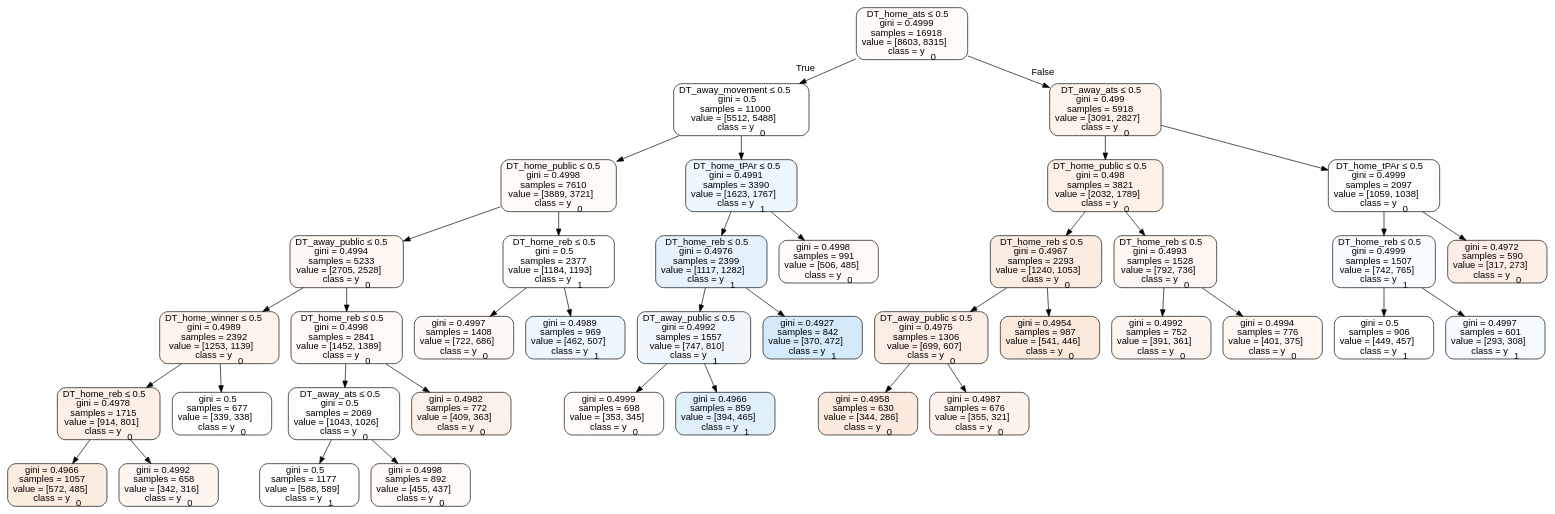
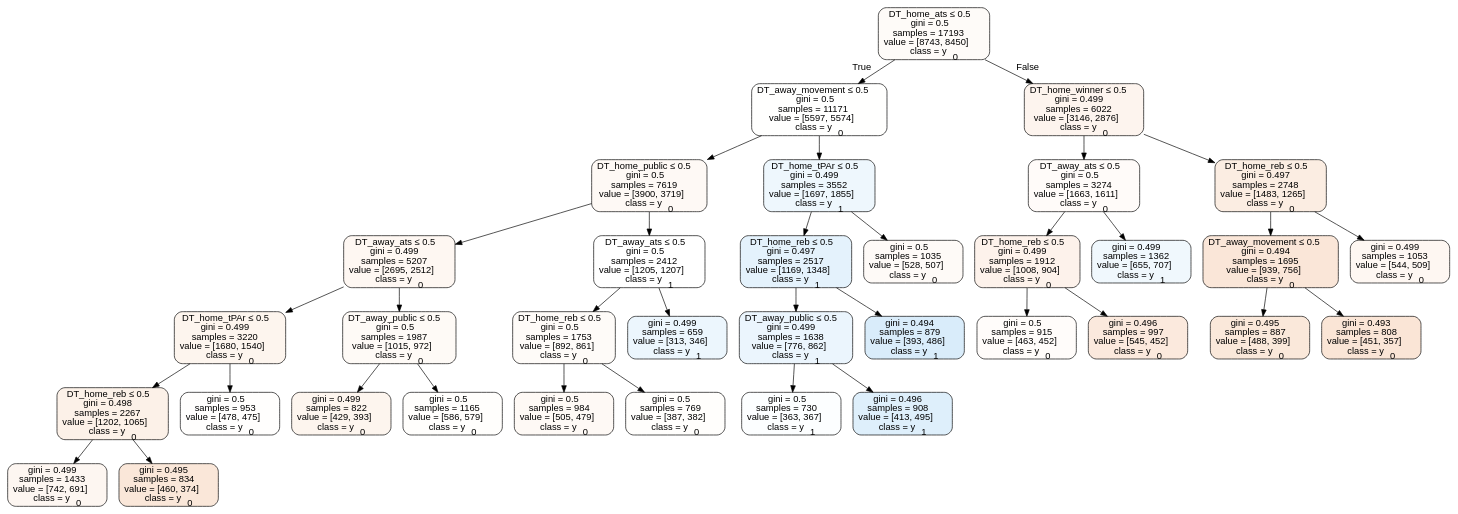
The diagram in Basketball/data/trees/treehome.dot (usbogie/ncaa-bets), drawn with Graphviz before and after one commit. The commit also changed 23 other files, not shown here.

```diff
--- a/Basketball/data/trees/treehome.dot
+++ b/Basketball/data/trees/treehome.dot
@@ -1,81 +1,73 @@
 digraph Tree {
 node [shape=box, style="filled, rounded", color="black", fontname=helvetica] ;
 edge [fontname=helvetica] ;
-0 [label=<DT_home_ats &le; 0.5<br/>gini = 0.4999<br/>samples = 16918<br/>value = [8603, 8315]<br/>class = y<SUB>0</SUB>>, fillcolor="#e5813909"] ;
-1 [label=<DT_away_movement &le; 0.5<br/>gini = 0.5<br/>samples = 11000<br/>value = [5512, 5488]<br/>class = y<SUB>0</SUB>>, fillcolor="#e5813901"] ;
+0 [label=<DT_home_ats &le; 0.5<br/>gini = 0.5<br/>samples = 17193<br/>value = [8743, 8450]<br/>class = y<SUB>0</SUB>>, fillcolor="#e5813909"] ;
+1 [label=<DT_away_movement &le; 0.5<br/>gini = 0.5<br/>samples = 11171<br/>value = [5597, 5574]<br/>class = y<SUB>0</SUB>>, fillcolor="#e5813901"] ;
 0 -> 1 [labeldistance=2.5, labelangle=45, headlabel="True"] ;
-2 [label=<DT_home_public &le; 0.5<br/>gini = 0.4998<br/>samples = 7610<br/>value = [3889, 3721]<br/>class = y<SUB>0</SUB>>, fillcolor="#e581390b"] ;
+2 [label=<DT_home_public &le; 0.5<br/>gini = 0.5<br/>samples = 7619<br/>value = [3900, 3719]<br/>class = y<SUB>0</SUB>>, fillcolor="#e581390c"] ;
 1 -> 2 ;
-3 [label=<DT_away_public &le; 0.5<br/>gini = 0.4994<br/>samples = 5233<br/>value = [2705, 2528]<br/>class = y<SUB>0</SUB>>, fillcolor="#e5813911"] ;
+3 [label=<DT_away_ats &le; 0.5<br/>gini = 0.499<br/>samples = 5207<br/>value = [2695, 2512]<br/>class = y<SUB>0</SUB>>, fillcolor="#e5813911"] ;
 2 -> 3 ;
-4 [label=<DT_home_winner &le; 0.5<br/>gini = 0.4989<br/>samples = 2392<br/>value = [1253, 1139]<br/>class = y<SUB>0</SUB>>, fillcolor="#e5813917"] ;
+4 [label=<DT_home_tPAr &le; 0.5<br/>gini = 0.499<br/>samples = 3220<br/>value = [1680, 1540]<br/>class = y<SUB>0</SUB>>, fillcolor="#e5813915"] ;
 3 -> 4 ;
-5 [label=<DT_home_reb &le; 0.5<br/>gini = 0.4978<br/>samples = 1715<br/>value = [914, 801]<br/>class = y<SUB>0</SUB>>, fillcolor="#e5813920"] ;
+5 [label=<DT_home_reb &le; 0.5<br/>gini = 0.498<br/>samples = 2267<br/>value = [1202, 1065]<br/>class = y<SUB>0</SUB>>, fillcolor="#e581391d"] ;
 4 -> 5 ;
-6 [label=<gini = 0.4966<br/>samples = 1057<br/>value = [572, 485]<br/>class = y<SUB>0</SUB>>, fillcolor="#e5813927"] ;
+6 [label=<gini = 0.499<br/>samples = 1433<br/>value = [742, 691]<br/>class = y<SUB>0</SUB>>, fillcolor="#e5813912"] ;
 5 -> 6 ;
-7 [label=<gini = 0.4992<br/>samples = 658<br/>value = [342, 316]<br/>class = y<SUB>0</SUB>>, fillcolor="#e5813913"] ;
+7 [label=<gini = 0.495<br/>samples = 834<br/>value = [460, 374]<br/>class = y<SUB>0</SUB>>, fillcolor="#e5813930"] ;
 5 -> 7 ;
-8 [label=<gini = 0.5<br/>samples = 677<br/>value = [339, 338]<br/>class = y<SUB>0</SUB>>, fillcolor="#e5813901"] ;
+8 [label=<gini = 0.5<br/>samples = 953<br/>value = [478, 475]<br/>class = y<SUB>0</SUB>>, fillcolor="#e5813902"] ;
 4 -> 8 ;
-9 [label=<DT_home_reb &le; 0.5<br/>gini = 0.4998<br/>samples = 2841<br/>value = [1452, 1389]<br/>class = y<SUB>0</SUB>>, fillcolor="#e581390b"] ;
+9 [label=<DT_away_public &le; 0.5<br/>gini = 0.5<br/>samples = 1987<br/>value = [1015, 972]<br/>class = y<SUB>0</SUB>>, fillcolor="#e581390b"] ;
 3 -> 9 ;
-10 [label=<DT_away_ats &le; 0.5<br/>gini = 0.5<br/>samples = 2069<br/>value = [1043, 1026]<br/>class = y<SUB>0</SUB>>, fillcolor="#e5813904"] ;
+10 [label=<gini = 0.499<br/>samples = 822<br/>value = [429, 393]<br/>class = y<SUB>0</SUB>>, fillcolor="#e5813915"] ;
 9 -> 10 ;
-11 [label=<gini = 0.5<br/>samples = 1177<br/>value = [588, 589]<br/>class = y<SUB>1</SUB>>, fillcolor="#399de500"] ;
-10 -> 11 ;
-12 [label=<gini = 0.4998<br/>samples = 892<br/>value = [455, 437]<br/>class = y<SUB>0</SUB>>, fillcolor="#e581390a"] ;
-10 -> 12 ;
-13 [label=<gini = 0.4982<br/>samples = 772<br/>value = [409, 363]<br/>class = y<SUB>0</SUB>>, fillcolor="#e581391d"] ;
-9 -> 13 ;
-14 [label=<DT_home_reb &le; 0.5<br/>gini = 0.5<br/>samples = 2377<br/>value = [1184, 1193]<br/>class = y<SUB>1</SUB>>, fillcolor="#399de502"] ;
-2 -> 14 ;
-15 [label=<gini = 0.4997<br/>samples = 1408<br/>value = [722, 686]<br/>class = y<SUB>0</SUB>>, fillcolor="#e581390d"] ;
-14 -> 15 ;
-16 [label=<gini = 0.4989<br/>samples = 969<br/>value = [462, 507]<br/>class = y<SUB>1</SUB>>, fillcolor="#399de517"] ;
-14 -> 16 ;
-17 [label=<DT_home_tPAr &le; 0.5<br/>gini = 0.4991<br/>samples = 3390<br/>value = [1623, 1767]<br/>class = y<SUB>1</SUB>>, fillcolor="#399de515"] ;
+11 [label=<gini = 0.5<br/>samples = 1165<br/>value = [586, 579]<br/>class = y<SUB>0</SUB>>, fillcolor="#e5813903"] ;
+9 -> 11 ;
+12 [label=<DT_away_ats &le; 0.5<br/>gini = 0.5<br/>samples = 2412<br/>value = [1205, 1207]<br/>class = y<SUB>1</SUB>>, fillcolor="#399de500"] ;
+2 -> 12 ;
+13 [label=<DT_home_reb &le; 0.5<br/>gini = 0.5<br/>samples = 1753<br/>value = [892, 861]<br/>class = y<SUB>0</SUB>>, fillcolor="#e5813909"] ;
+12 -> 13 ;
+14 [label=<gini = 0.5<br/>samples = 984<br/>value = [505, 479]<br/>class = y<SUB>0</SUB>>, fillcolor="#e581390d"] ;
+13 -> 14 ;
+15 [label=<gini = 0.5<br/>samples = 769<br/>value = [387, 382]<br/>class = y<SUB>0</SUB>>, fillcolor="#e5813903"] ;
+13 -> 15 ;
+16 [label=<gini = 0.499<br/>samples = 659<br/>value = [313, 346]<br/>class = y<SUB>1</SUB>>, fillcolor="#399de518"] ;
+12 -> 16 ;
+17 [label=<DT_home_tPAr &le; 0.5<br/>gini = 0.499<br/>samples = 3552<br/>value = [1697, 1855]<br/>class = y<SUB>1</SUB>>, fillcolor="#399de516"] ;
 1 -> 17 ;
-18 [label=<DT_home_reb &le; 0.5<br/>gini = 0.4976<br/>samples = 2399<br/>value = [1117, 1282]<br/>class = y<SUB>1</SUB>>, fillcolor="#399de521"] ;
+18 [label=<DT_home_reb &le; 0.5<br/>gini = 0.497<br/>samples = 2517<br/>value = [1169, 1348]<br/>class = y<SUB>1</SUB>>, fillcolor="#399de522"] ;
 17 -> 18 ;
-19 [label=<DT_away_public &le; 0.5<br/>gini = 0.4992<br/>samples = 1557<br/>value = [747, 810]<br/>class = y<SUB>1</SUB>>, fillcolor="#399de514"] ;
+19 [label=<DT_away_public &le; 0.5<br/>gini = 0.499<br/>samples = 1638<br/>value = [776, 862]<br/>class = y<SUB>1</SUB>>, fillcolor="#399de519"] ;
 18 -> 19 ;
-20 [label=<gini = 0.4999<br/>samples = 698<br/>value = [353, 345]<br/>class = y<SUB>0</SUB>>, fillcolor="#e5813906"] ;
+20 [label=<gini = 0.5<br/>samples = 730<br/>value = [363, 367]<br/>class = y<SUB>1</SUB>>, fillcolor="#399de503"] ;
 19 -> 20 ;
-21 [label=<gini = 0.4966<br/>samples = 859<br/>value = [394, 465]<br/>class = y<SUB>1</SUB>>, fillcolor="#399de527"] ;
+21 [label=<gini = 0.496<br/>samples = 908<br/>value = [413, 495]<br/>class = y<SUB>1</SUB>>, fillcolor="#399de52a"] ;
 19 -> 21 ;
-22 [label=<gini = 0.4927<br/>samples = 842<br/>value = [370, 472]<br/>class = y<SUB>1</SUB>>, fillcolor="#399de537"] ;
+22 [label=<gini = 0.494<br/>samples = 879<br/>value = [393, 486]<br/>class = y<SUB>1</SUB>>, fillcolor="#399de531"] ;
 18 -> 22 ;
-23 [label=<gini = 0.4998<br/>samples = 991<br/>value = [506, 485]<br/>class = y<SUB>0</SUB>>, fillcolor="#e581390b"] ;
+23 [label=<gini = 0.5<br/>samples = 1035<br/>value = [528, 507]<br/>class = y<SUB>0</SUB>>, fillcolor="#e581390a"] ;
 17 -> 23 ;
-24 [label=<DT_away_ats &le; 0.5<br/>gini = 0.499<br/>samples = 5918<br/>value = [3091, 2827]<br/>class = y<SUB>0</SUB>>, fillcolor="#e5813916"] ;
+24 [label=<DT_home_winner &le; 0.5<br/>gini = 0.499<br/>samples = 6022<br/>value = [3146, 2876]<br/>class = y<SUB>0</SUB>>, fillcolor="#e5813916"] ;
 0 -> 24 [labeldistance=2.5, labelangle=-45, headlabel="False"] ;
-25 [label=<DT_home_public &le; 0.5<br/>gini = 0.498<br/>samples = 3821<br/>value = [2032, 1789]<br/>class = y<SUB>0</SUB>>, fillcolor="#e581391e"] ;
+25 [label=<DT_away_ats &le; 0.5<br/>gini = 0.5<br/>samples = 3274<br/>value = [1663, 1611]<br/>class = y<SUB>0</SUB>>, fillcolor="#e5813908"] ;
 24 -> 25 ;
-26 [label=<DT_home_reb &le; 0.5<br/>gini = 0.4967<br/>samples = 2293<br/>value = [1240, 1053]<br/>class = y<SUB>0</SUB>>, fillcolor="#e5813926"] ;
+26 [label=<DT_home_reb &le; 0.5<br/>gini = 0.499<br/>samples = 1912<br/>value = [1008, 904]<br/>class = y<SUB>0</SUB>>, fillcolor="#e581391a"] ;
 25 -> 26 ;
-27 [label=<DT_away_public &le; 0.5<br/>gini = 0.4975<br/>samples = 1306<br/>value = [699, 607]<br/>class = y<SUB>0</SUB>>, fillcolor="#e5813922"] ;
+27 [label=<gini = 0.5<br/>samples = 915<br/>value = [463, 452]<br/>class = y<SUB>0</SUB>>, fillcolor="#e5813906"] ;
 26 -> 27 ;
-28 [label=<gini = 0.4958<br/>samples = 630<br/>value = [344, 286]<br/>class = y<SUB>0</SUB>>, fillcolor="#e581392b"] ;
-27 -> 28 ;
-29 [label=<gini = 0.4987<br/>samples = 676<br/>value = [355, 321]<br/>class = y<SUB>0</SUB>>, fillcolor="#e5813918"] ;
-27 -> 29 ;
-30 [label=<gini = 0.4954<br/>samples = 987<br/>value = [541, 446]<br/>class = y<SUB>0</SUB>>, fillcolor="#e581392d"] ;
-26 -> 30 ;
-31 [label=<DT_home_reb &le; 0.5<br/>gini = 0.4993<br/>samples = 1528<br/>value = [792, 736]<br/>class = y<SUB>0</SUB>>, fillcolor="#e5813912"] ;
-25 -> 31 ;
-32 [label=<gini = 0.4992<br/>samples = 752<br/>value = [391, 361]<br/>class = y<SUB>0</SUB>>, fillcolor="#e5813914"] ;
+28 [label=<gini = 0.496<br/>samples = 997<br/>value = [545, 452]<br/>class = y<SUB>0</SUB>>, fillcolor="#e581392c"] ;
+26 -> 28 ;
+29 [label=<gini = 0.499<br/>samples = 1362<br/>value = [655, 707]<br/>class = y<SUB>1</SUB>>, fillcolor="#399de513"] ;
+25 -> 29 ;
+30 [label=<DT_home_reb &le; 0.5<br/>gini = 0.497<br/>samples = 2748<br/>value = [1483, 1265]<br/>class = y<SUB>0</SUB>>, fillcolor="#e5813925"] ;
+24 -> 30 ;
+31 [label=<DT_away_movement &le; 0.5<br/>gini = 0.494<br/>samples = 1695<br/>value = [939, 756]<br/>class = y<SUB>0</SUB>>, fillcolor="#e5813932"] ;
+30 -> 31 ;
+32 [label=<gini = 0.495<br/>samples = 887<br/>value = [488, 399]<br/>class = y<SUB>0</SUB>>, fillcolor="#e581392f"] ;
 31 -> 32 ;
-33 [label=<gini = 0.4994<br/>samples = 776<br/>value = [401, 375]<br/>class = y<SUB>0</SUB>>, fillcolor="#e5813911"] ;
+33 [label=<gini = 0.493<br/>samples = 808<br/>value = [451, 357]<br/>class = y<SUB>0</SUB>>, fillcolor="#e5813935"] ;
 31 -> 33 ;
-34 [label=<DT_home_tPAr &le; 0.5<br/>gini = 0.4999<br/>samples = 2097<br/>value = [1059, 1038]<br/>class = y<SUB>0</SUB>>, fillcolor="#e5813905"] ;
-24 -> 34 ;
-35 [label=<DT_home_reb &le; 0.5<br/>gini = 0.4999<br/>samples = 1507<br/>value = [742, 765]<br/>class = y<SUB>1</SUB>>, fillcolor="#399de508"] ;
-34 -> 35 ;
-36 [label=<gini = 0.5<br/>samples = 906<br/>value = [449, 457]<br/>class = y<SUB>1</SUB>>, fillcolor="#399de504"] ;
-35 -> 36 ;
-37 [label=<gini = 0.4997<br/>samples = 601<br/>value = [293, 308]<br/>class = y<SUB>1</SUB>>, fillcolor="#399de50c"] ;
-35 -> 37 ;
-38 [label=<gini = 0.4972<br/>samples = 590<br/>value = [317, 273]<br/>class = y<SUB>0</SUB>>, fillcolor="#e5813923"] ;
-34 -> 38 ;
+34 [label=<gini = 0.499<br/>samples = 1053<br/>value = [544, 509]<br/>class = y<SUB>0</SUB>>, fillcolor="#e5813910"] ;
+30 -> 34 ;
 }
```
